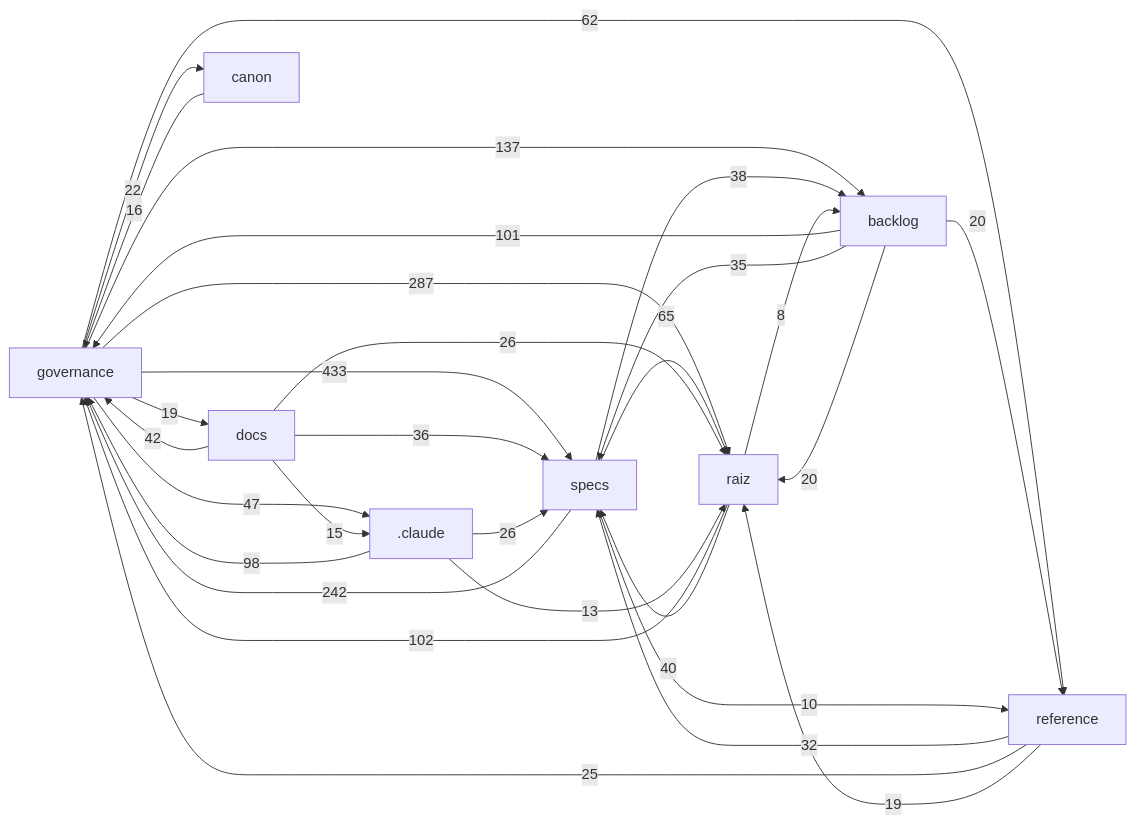
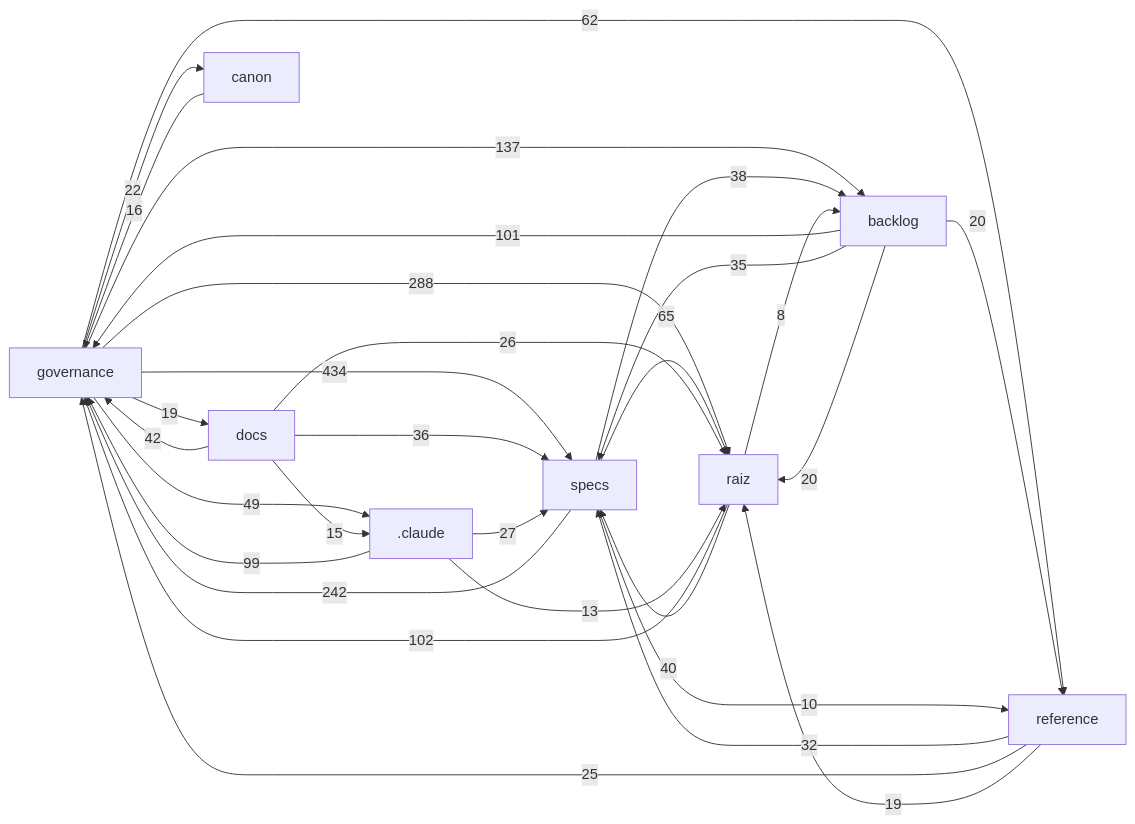
Before and after one commit to Andraus35/Sistema-Operacional-de-Trading--SOT: the diagram in docs/mapa/MAPA-PROJETO.md, drawn with Mermaid. The commit also changed other lines of this file and 4 other files, not shown here.

````diff
--- a/docs/mapa/MAPA-PROJETO.md
+++ b/docs/mapa/MAPA-PROJETO.md
@@ -29,32 +29,32 @@
 ```mermaid
 flowchart LR
-  governance["governance"] -->|433| specs["specs"]
-  governance["governance"] -->|287| raiz["raiz"]
+  governance["governance"] -->|434| specs["specs"]
+  governance["governance"] -->|288| raiz["raiz"]
   specs["specs"] -->|242| governance["governance"]
   governance["governance"] -->|137| backlog["backlog"]
   raiz["raiz"] -->|102| governance["governance"]
   backlog["backlog"] -->|101| governance["governance"]
-  _claude[".claude"] -->|98| governance["governance"]
+  _claude[".claude"] -->|99| governance["governance"]
   specs["specs"] -->|65| raiz["raiz"]
   governance["governance"] -->|62| reference["reference"]
-  governance["governance"] -->|47| _claude[".claude"]
+  governance["governance"] -->|49| _claude[".claude"]
   docs["docs"] -->|42| governance["governance"]
   raiz["raiz"] -->|40| specs["specs"]
   specs["specs"] -->|38| backlog["backlog"]
   docs["docs"] -->|36| specs["specs"]
   backlog["backlog"] -->|35| specs["specs"]
   reference["reference"] -->|32| specs["specs"]
-  _claude[".claude"] -->|26| specs["specs"]
+  _claude[".claude"] -->|27| specs["specs"]
   docs["docs"] -->|26| raiz["raiz"]
   reference["reference"] -->|25| governance["governance"]
   governance["governance"] -->|22| canon["canon"]
   backlog["backlog"] -->|20| raiz["raiz"]
   backlog["backlog"] -->|20| reference["reference"]
   governance["governance"] -->|19| docs["docs"]
   reference["reference"] -->|19| raiz["raiz"]
   canon["canon"] -->|16| governance["governance"]
   docs["docs"] -->|15| _claude[".claude"]
   _claude[".claude"] -->|13| raiz["raiz"]
   specs["specs"] -->|10| reference["reference"]
   raiz["raiz"] -->|8| backlog["backlog"]
 ```
````
